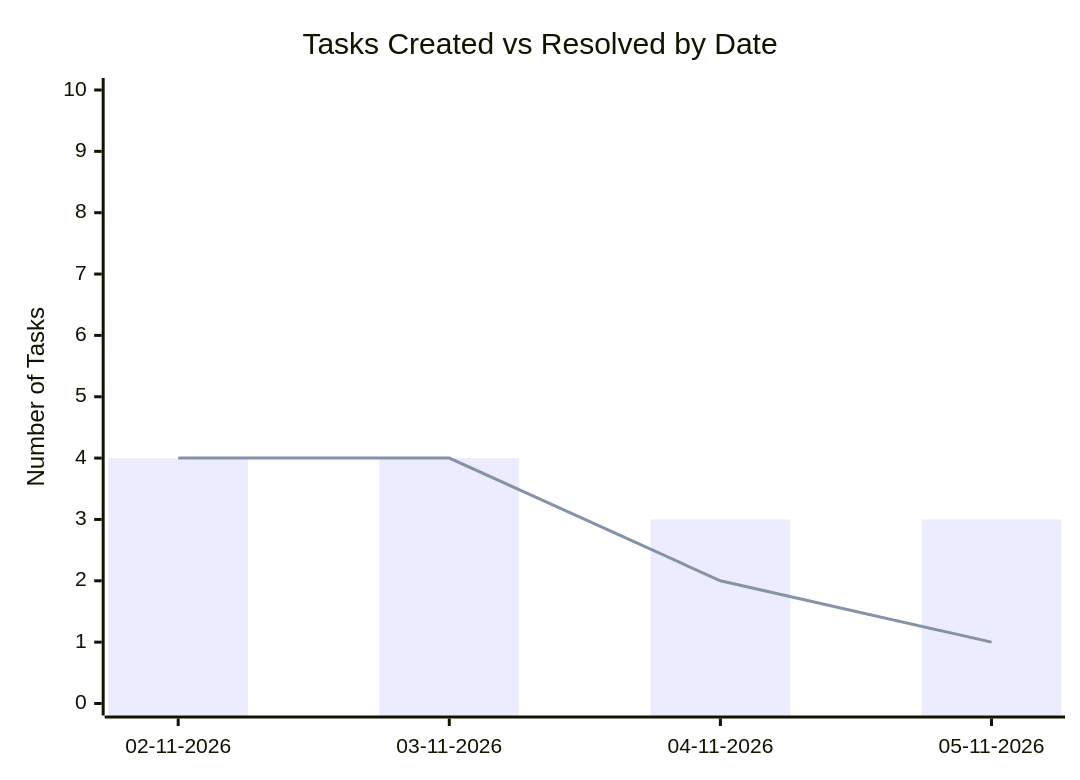
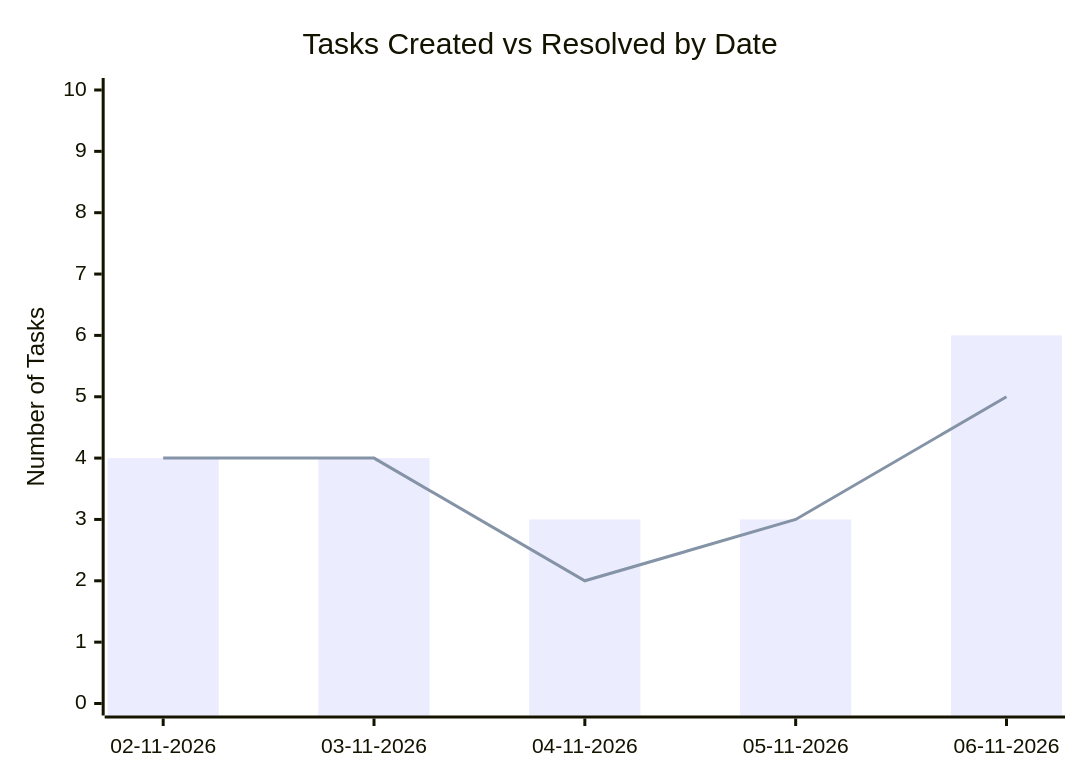
One commit to sagarms97/MyWorkDairy changed the second of 2 diagrams in Sanchay/Analytics.md. Above: the diagram before and after it, drawn with Mermaid. The commit also changed other lines of this file and 2 other files, not shown here.

````diff
--- a/Sanchay/Analytics.md
+++ b/Sanchay/Analytics.md
@@ -27,8 +28,8 @@
 ```mermaid
 xychart-beta
     title "Tasks Created vs Resolved by Date"
-    x-axis ["02-11-2026", "03-11-2026", "04-11-2026", "05-11-2026"]
+    x-axis ["02-11-2026", "03-11-2026", "04-11-2026", "05-11-2026", "06-11-2026"]
     y-axis "Number of Tasks" 0 --> 10
-    bar [4, 4, 3, 3]
-    line [4, 4, 2, 1]
+    bar [4, 4, 3, 3, 6]
+    line [4, 4, 2, 3, 5]
 ```
````
